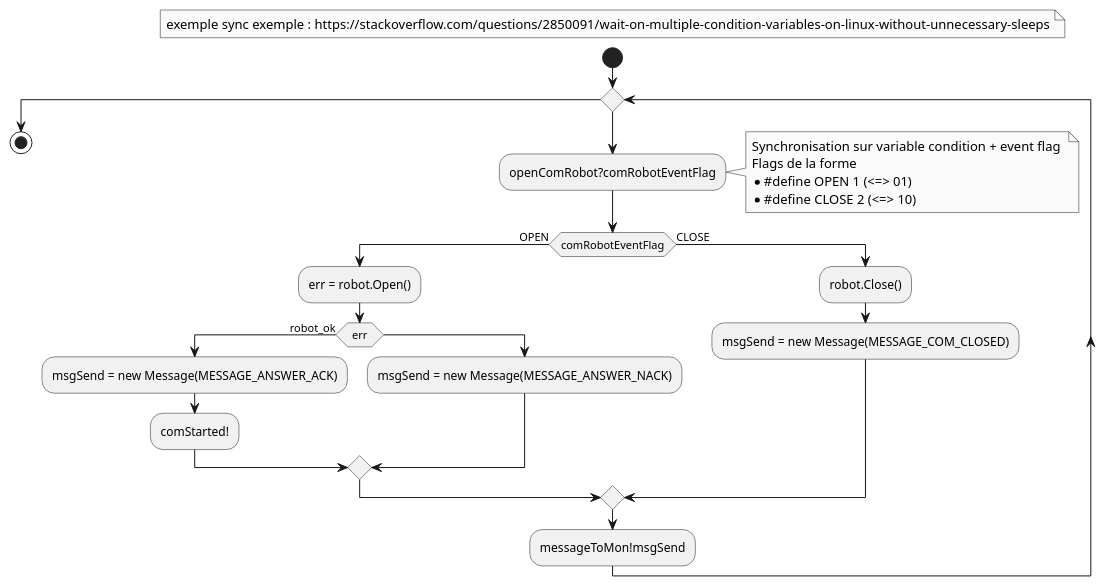
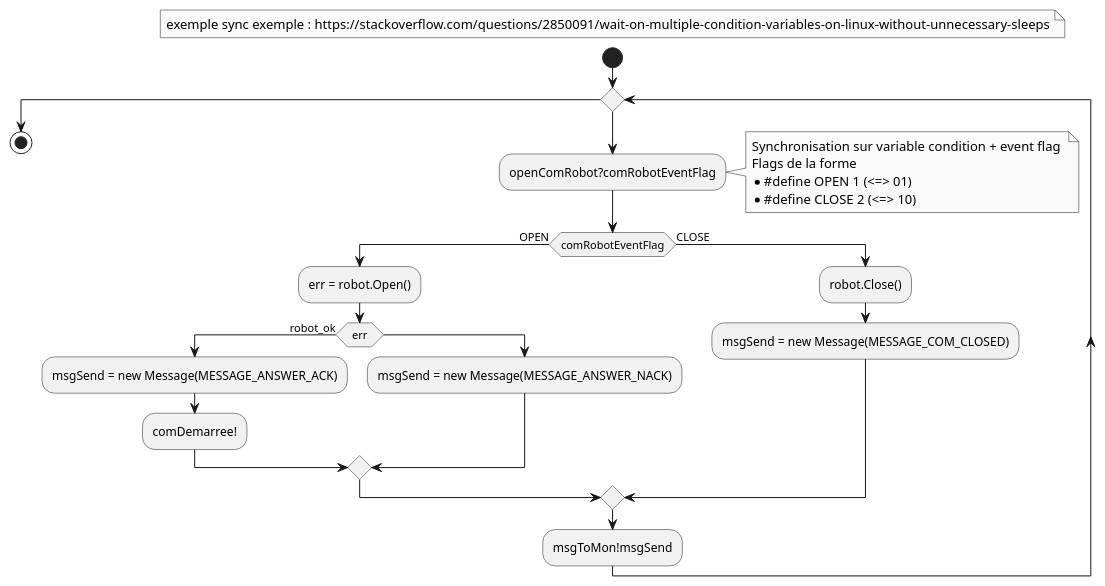
Before and after one commit to Bobillot/BE_Temps_Reel: the diagram in diags/th_com_robot.puml, drawn with PlantUML.

```diff
--- a/diags/th_com_robot.puml
+++ b/diags/th_com_robot.puml
@@ -1,31 +1,31 @@
 @startuml th_com_robot
 
 skinparam monochrome true
 floating note : exemple sync exemple : https://stackoverflow.com/questions/2850091/wait-on-multiple-condition-variables-on-linux-without-unnecessary-sleeps
 start
 
 while( )
     :openComRobot?comRobotEventFlag;
     note right
         Synchronisation sur variable condition + event flag 
         Flags de la forme 
         * #define OPEN 1 (<=> 01)
         * #define CLOSE 2 (<=> 10)
     end note
     if (comRobotEventFlag) then (OPEN)
     :err = robot.Open();
         if (err) then (robot_ok)
         :msgSend = new Message(MESSAGE_ANSWER_ACK);
-        :comStarted!;
+        :comDemarree!;
         else
             :msgSend = new Message(MESSAGE_ANSWER_NACK);
         endif
     else (CLOSE)
         :robot.Close();
         :msgSend = new Message(MESSAGE_COM_CLOSED);
         'Check message type
     endif
-    :messageToMon!msgSend;
+    :msgToMon!msgSend;
 endwhile
 stop
 @enduml
```
